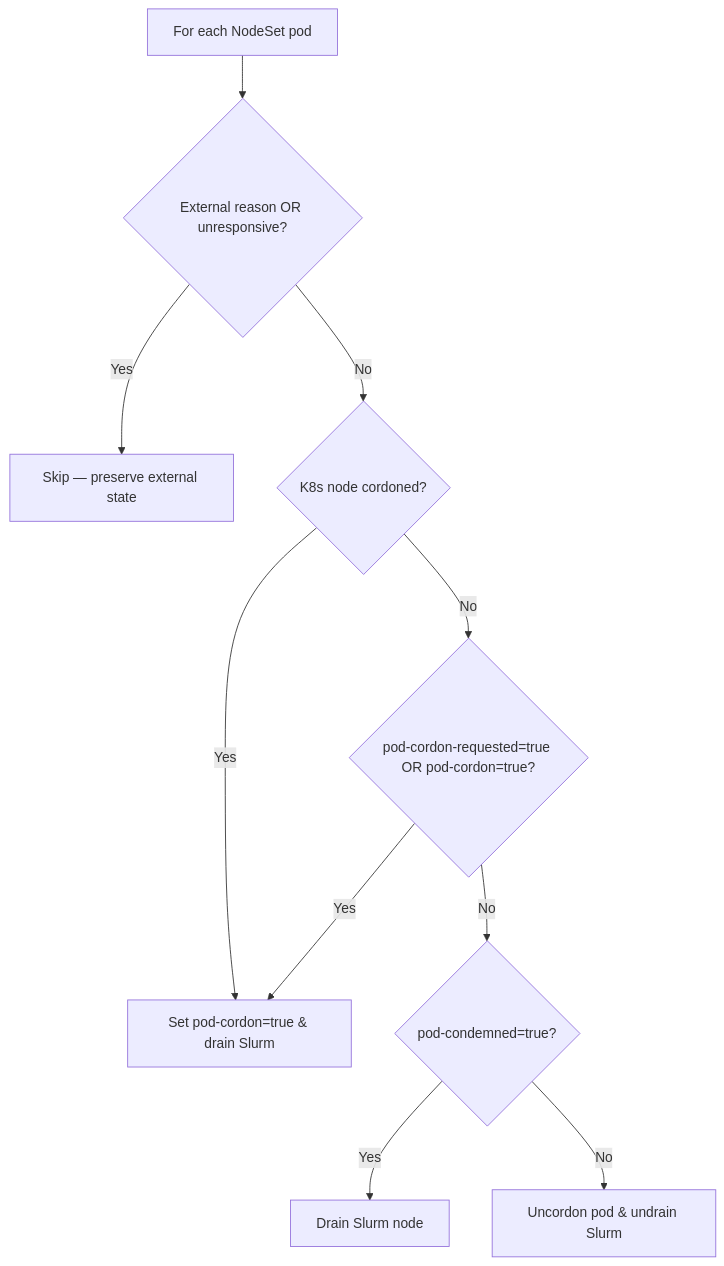
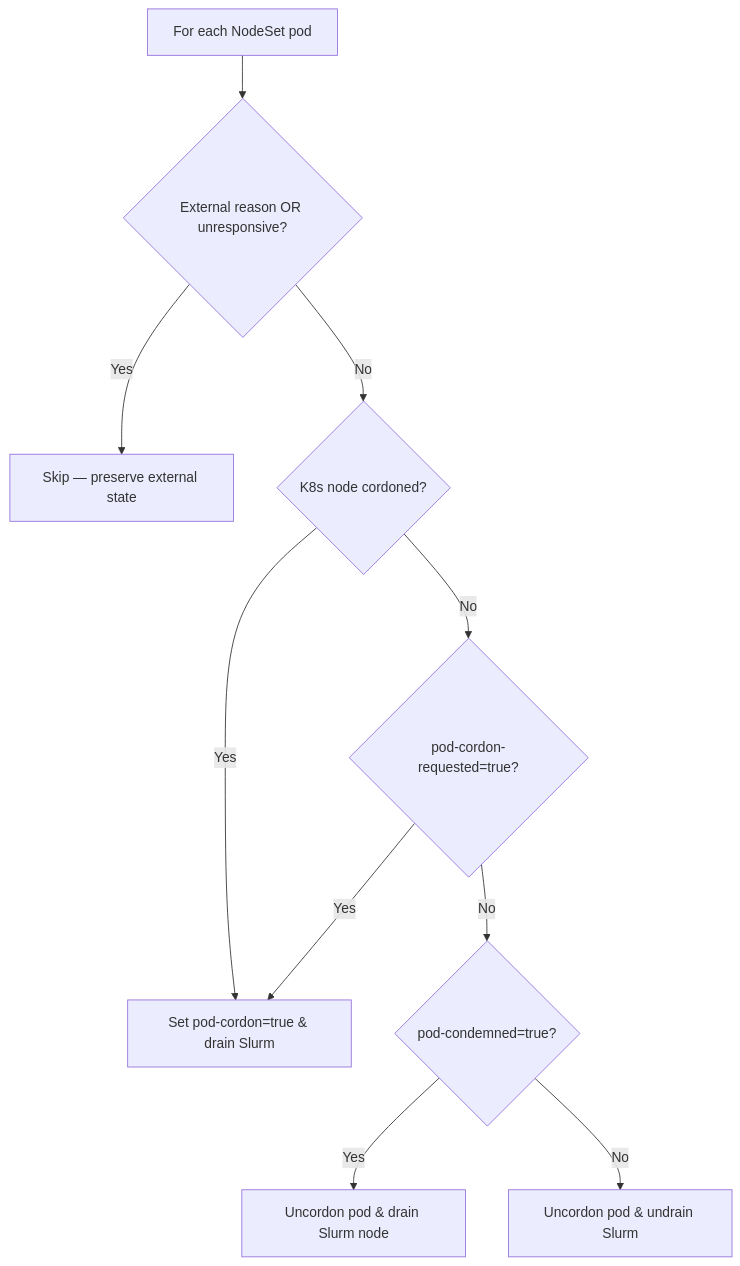
Before and after one commit to SlinkyProject/slurm-operator: the second of 2 diagrams in docs/concepts/nodeset-controller.md, drawn with Mermaid. The commit also changed 2 other files, not shown here.

Commit message:
refactor(nodeset): merge syncPodUncordon into syncCordon
Consolidate pod cordon and uncordon reconciliation into syncPodCordon,
separate makePodUncondemned from makePodUncordon, and have syncUpdate
only uncondemn kept pods before re-syncing their cordon state.

Changelog: NONE

````diff
--- a/docs/concepts/nodeset-controller.md
+++ b/docs/concepts/nodeset-controller.md
@@ -116,12 +116,12 @@
 ```mermaid
 flowchart TD
     Start["For each NodeSet pod"] --> CheckExternal{"External reason OR unresponsive?"}
     CheckExternal -->|Yes| Skip["Skip — preserve external state"]
     CheckExternal -->|No| CheckNodeCordon{"K8s node cordoned?"}
     CheckNodeCordon -->|Yes| CordonAndDrain["Set pod-cordon=true & drain Slurm"]
-    CheckNodeCordon -->|No| CheckPodCordon{"pod-cordon-requested=true OR pod-cordon=true?"}
+    CheckNodeCordon -->|No| CheckPodCordon{"pod-cordon-requested=true?"}
     CheckPodCordon -->|Yes| CordonAndDrain
     CheckPodCordon -->|No| CheckPodCondemned{"pod-condemned=true?"}
-    CheckPodCondemned -->|Yes| DrainSlurm["Drain Slurm node"]
+    CheckPodCondemned -->|Yes| DrainSlurm["Uncordon pod & drain Slurm node"]
     CheckPodCondemned -->|No| UncordonAndUndrain["Uncordon pod & undrain Slurm"]
 ```
````
